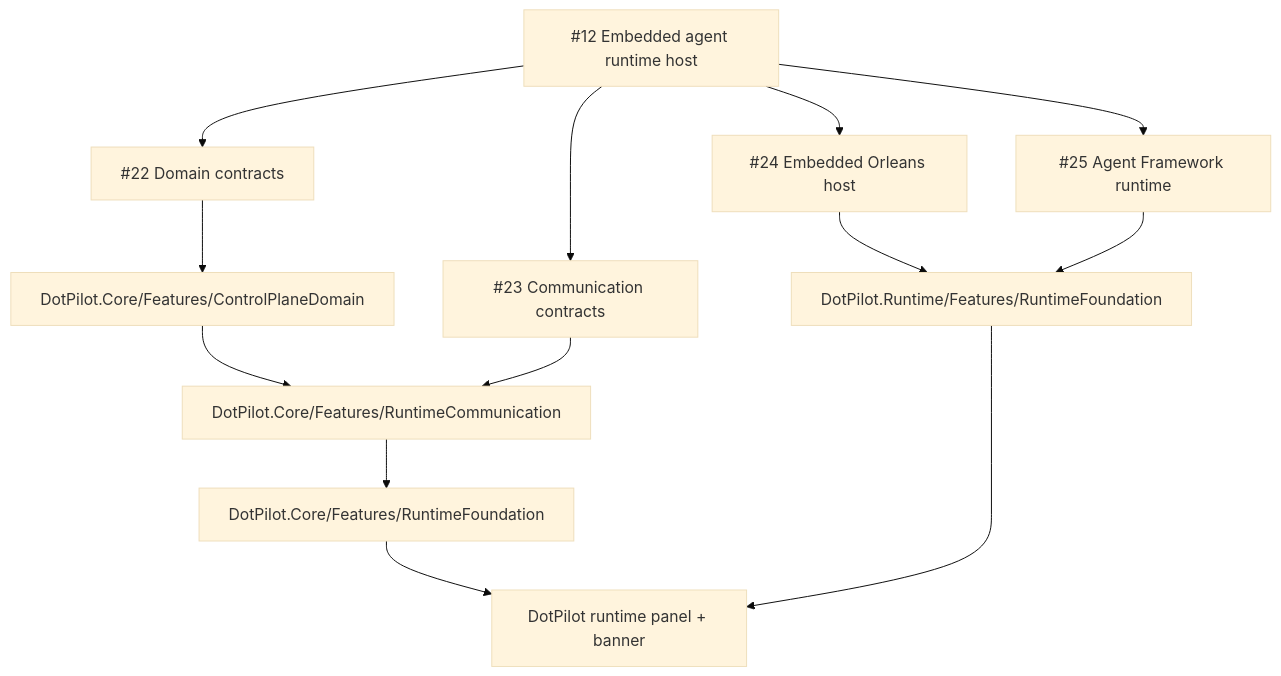
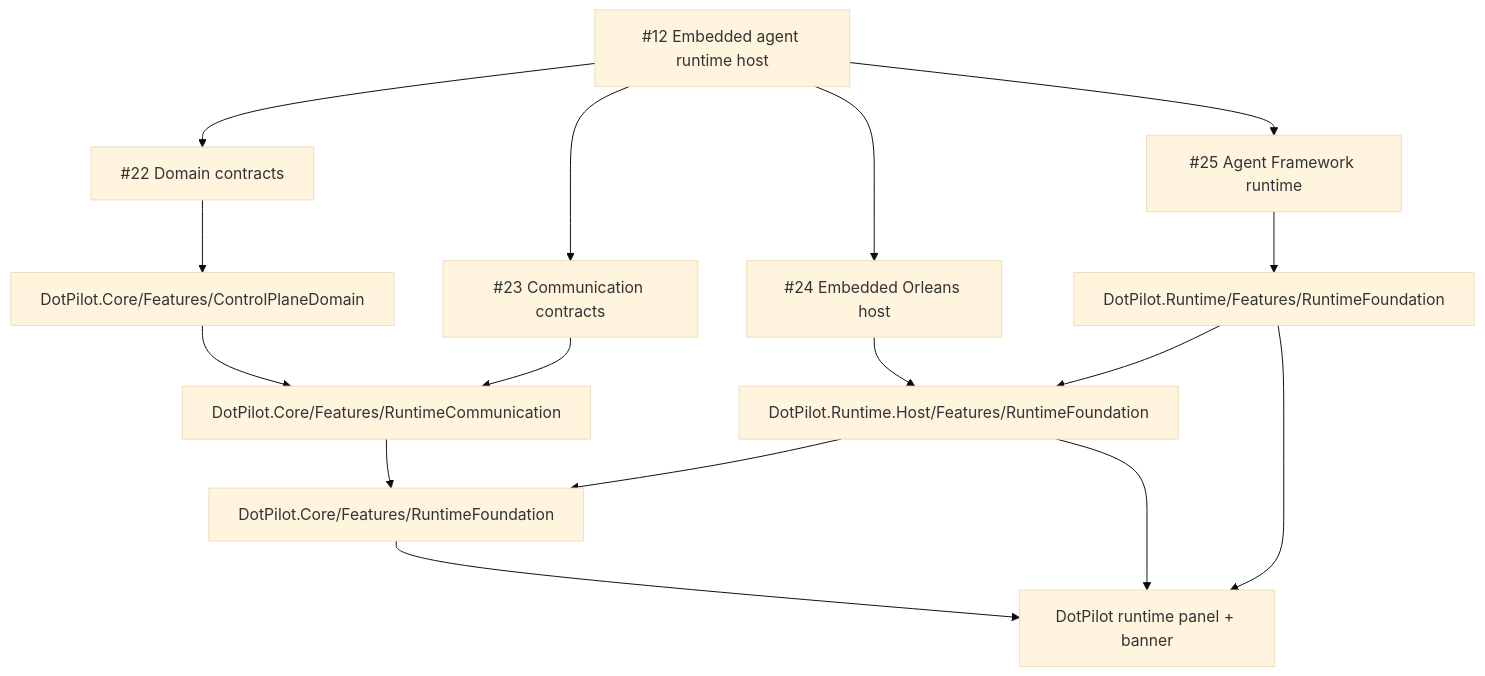
One commit to managedcode/dotPilot changed the fourth of 5 diagrams in docs/Architecture.md. Above: the diagram before and after it, drawn with Mermaid (base theme). The commit also changed other lines of this file and 34 other files, not shown here.

````diff
--- a/docs/Architecture.md
+++ b/docs/Architecture.md
@@ -128,26 +133,30 @@
 ```mermaid
 flowchart TD
   Epic["#12 Embedded agent runtime host"]
   Domain["#22 Domain contracts"]
   Comm["#23 Communication contracts"]
   Host["#24 Embedded Orleans host"]
   MAF["#25 Agent Framework runtime"]
   DomainSlice["DotPilot.Core/Features/ControlPlaneDomain"]
   CommunicationSlice["DotPilot.Core/Features/RuntimeCommunication"]
   CoreSlice["DotPilot.Core/Features/RuntimeFoundation"]
   RuntimeSlice["DotPilot.Runtime/Features/RuntimeFoundation"]
+  HostSlice["DotPilot.Runtime.Host/Features/RuntimeFoundation"]
   UiSlice["DotPilot runtime panel + banner"]
 
   Epic --> Domain
   Epic --> Comm
   Epic --> Host
   Epic --> MAF
   Domain --> DomainSlice
   DomainSlice --> CommunicationSlice
   CommunicationSlice --> CoreSlice
   Comm --> CommunicationSlice
-  Host --> RuntimeSlice
+  Host --> HostSlice
+  HostSlice --> CoreSlice
   MAF --> RuntimeSlice
+  RuntimeSlice --> HostSlice
   CoreSlice --> UiSlice
+  HostSlice --> UiSlice
   RuntimeSlice --> UiSlice
 ```
````
